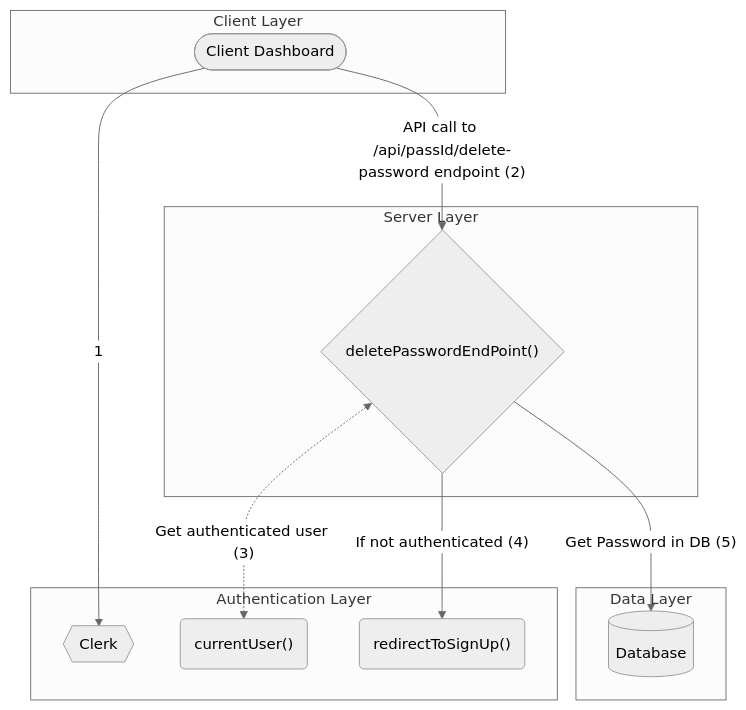
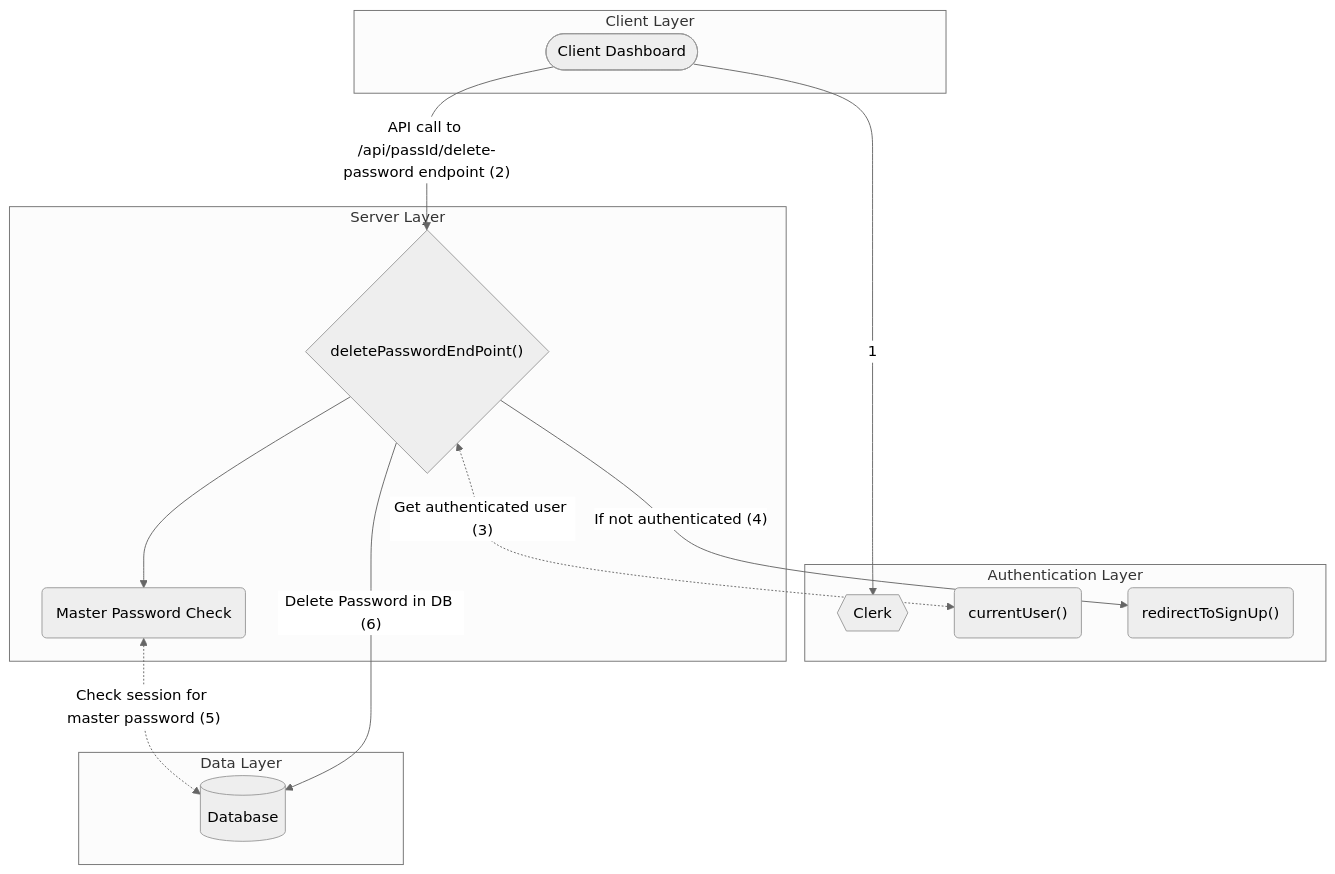
The diagram in vpass/view-delete-password/delete-password.md (fkaaziebu/mermaid-tutorials), drawn with Mermaid (neutral theme) before and after one commit. The commit also changed 1 other file, not shown here.

Commit message:
vpass master password

````diff
--- a/vpass/view-delete-password/delete-password.md
+++ b/vpass/view-delete-password/delete-password.md
@@ -6,35 +6,39 @@
 ```mermaid
 flowchart TB
     subgraph Client Layer
         actor([Client Dashboard])
     end
 
     subgraph Authentication Layer
         providers{{Clerk}}
         currentUser("currentUser()")
         redirect("redirectToSignUp()")
     end
 
     subgraph Server Layer
         conditional{"deletePasswordEndPoint()"}
+        master_pass(Master Password Check)
     end
 
     subgraph Data Layer
         database[(Database)]
     end
 
     %% Login %%
         actor-- 1 -->providers
+
+    %% Onclick to either view or delete password, check for master password and validity as well
+    conditional-->master_pass<-.Check session for master password (5).->database
 
     %% Get Password request from client %%
         actor-- API call to /api/passId/delete-password endpoint (2) -->conditional
 
     %% Check if there is a current user
         conditional<-. Get authenticated user (3) .->currentUser
 
     %% If no user
         conditional-- If not authenticated (4) -->redirect
 
     %% Check if user exist
-        conditional-- Get Password in DB (5) -->database
+        conditional--  Delete Password in DB (6) -->database
 ```
````
